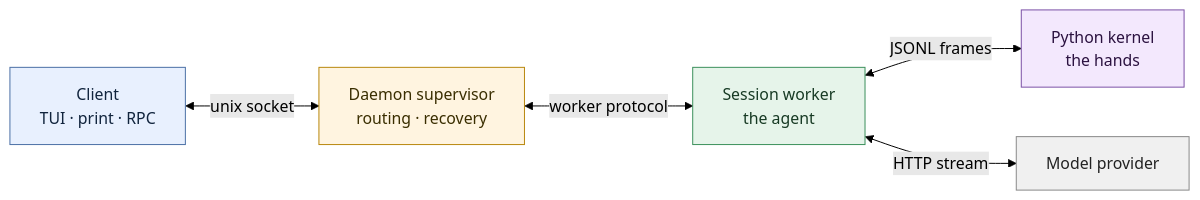
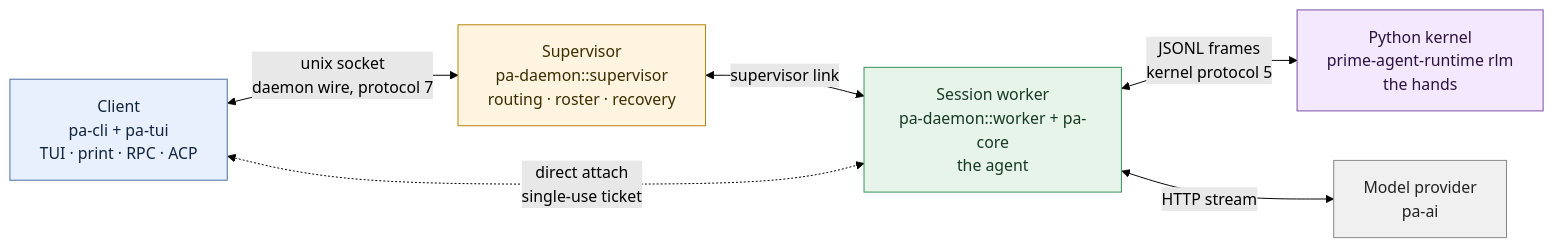
One commit to coleleavitt/prime-agent changed the first of 6 diagrams in FLOWCHART.md. Above: the diagram before and after it, drawn with Mermaid (forest theme). The commit also changed other lines of this file and 4 other files, not shown here.

First line of the commit message:
docs: FLOWCHART and the architecture diagrams map the Rust crates

````diff
--- a/FLOWCHART.md
+++ b/FLOWCHART.md
@@ -18,19 +16,20 @@
 ```mermaid
 flowchart LR
-    C["Client<br/>TUI · print · RPC"]
-    S["Daemon supervisor<br/>routing · recovery"]
-    W["Session worker<br/>the agent"]
-    K["Python kernel<br/>the hands"]
-    P["Model provider"]
+    C["Client<br/>pa-cli + pa-tui<br/>TUI · print · RPC · ACP"]
+    S["Supervisor<br/>pa-daemon::supervisor<br/>routing · roster · recovery"]
+    W["Session worker<br/>pa-daemon::worker + pa-core<br/>the agent"]
+    K["Python kernel<br/>prime-agent-runtime rlm<br/>the hands"]
+    P["Model provider<br/>pa-ai"]
 
-    C <-->|"unix socket"| S
-    S <-->|"worker protocol"| W
-    W <-->|"JSONL frames"| K
+    C <-->|"unix socket<br/>daemon wire, protocol 7"| S
+    S <-->|"supervisor link"| W
+    C <-.->|"direct attach<br/>single-use ticket"| W
+    W <-->|"JSONL frames<br/>kernel protocol 5"| K
     W <-->|"HTTP stream"| P
 
     style C fill:#e8f0fe,stroke:#4a6fa5,color:#11243d
     style S fill:#fff4e0,stroke:#b8860b,color:#3a2e00
     style W fill:#e6f4ea,stroke:#3a8f5a,color:#173a24
     style K fill:#f3e8fd,stroke:#7a4fa5,color:#2b1240
     style P fill:#f0f0f0,stroke:#888,color:#222
 ```
````
